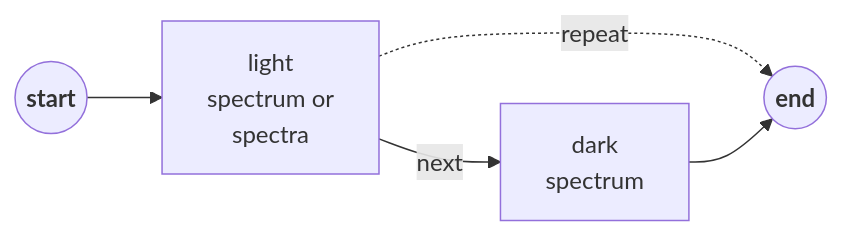
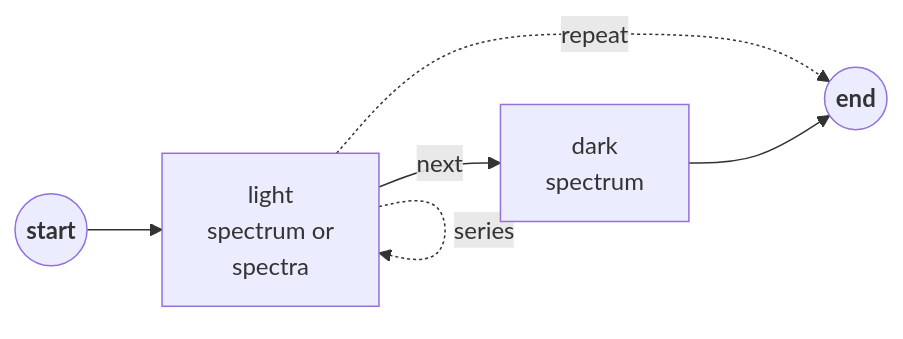
Before and after one commit to aphalo/r4p-blog: the eighth of 11 diagrams in pages/acq-irrad-tutorial.qmd, drawn with Mermaid. The commit also changed other lines of this file and 1 other file, not shown here.

Commit message:
acq-irrad-tutorial add figure legends and edit

````diff
--- a/pages/acq-irrad-tutorial.qmd
+++ b/pages/acq-irrad-tutorial.qmd
@@ -326,6 +375,9 @@
 ```{mermaid}
+%%| label: fig-protocol-ld
+%%| fig-cap: Flow chart of the measurement steps for protocol _light + dark_ or `ld`.
 flowchart LR
   S((<b>start</b>)) --> A
   A -.repeat.-> E
   A[light\nspectrum or\nspectra] --next--> D[dark\nspectrum] --> E((<b>end</b>))
+  A -.series.-> A
 ```
````
